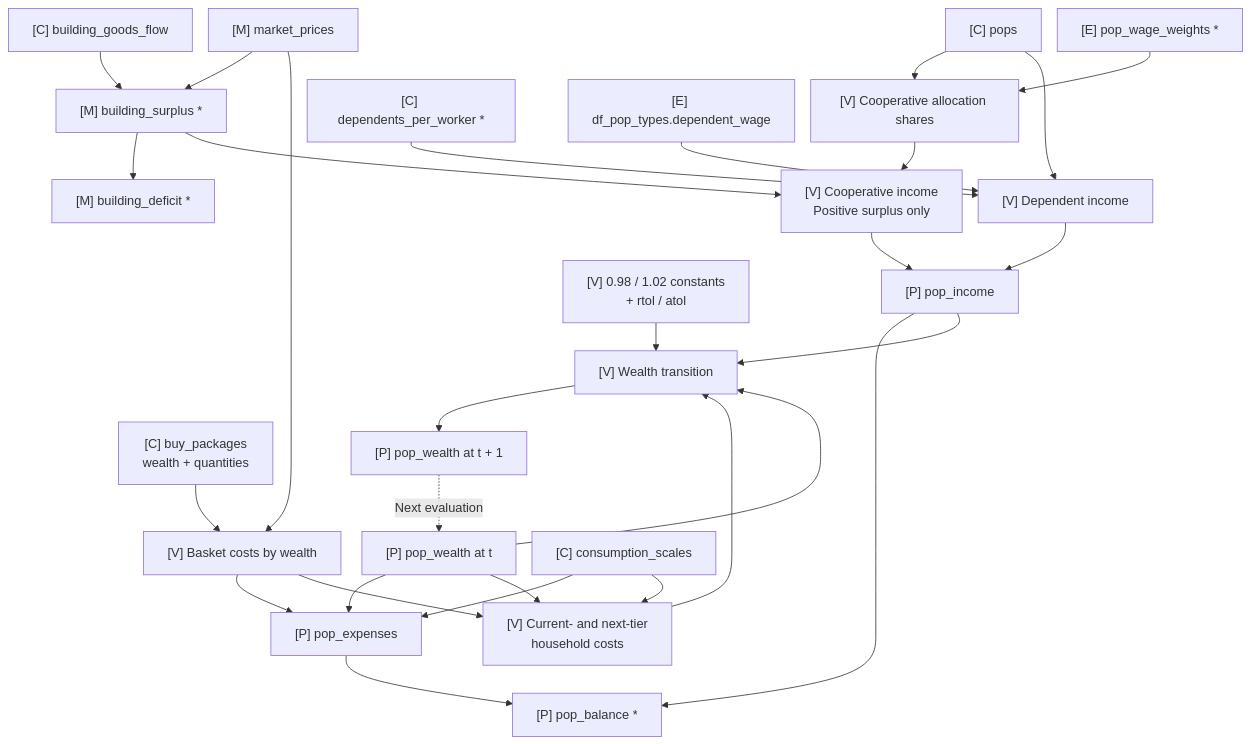
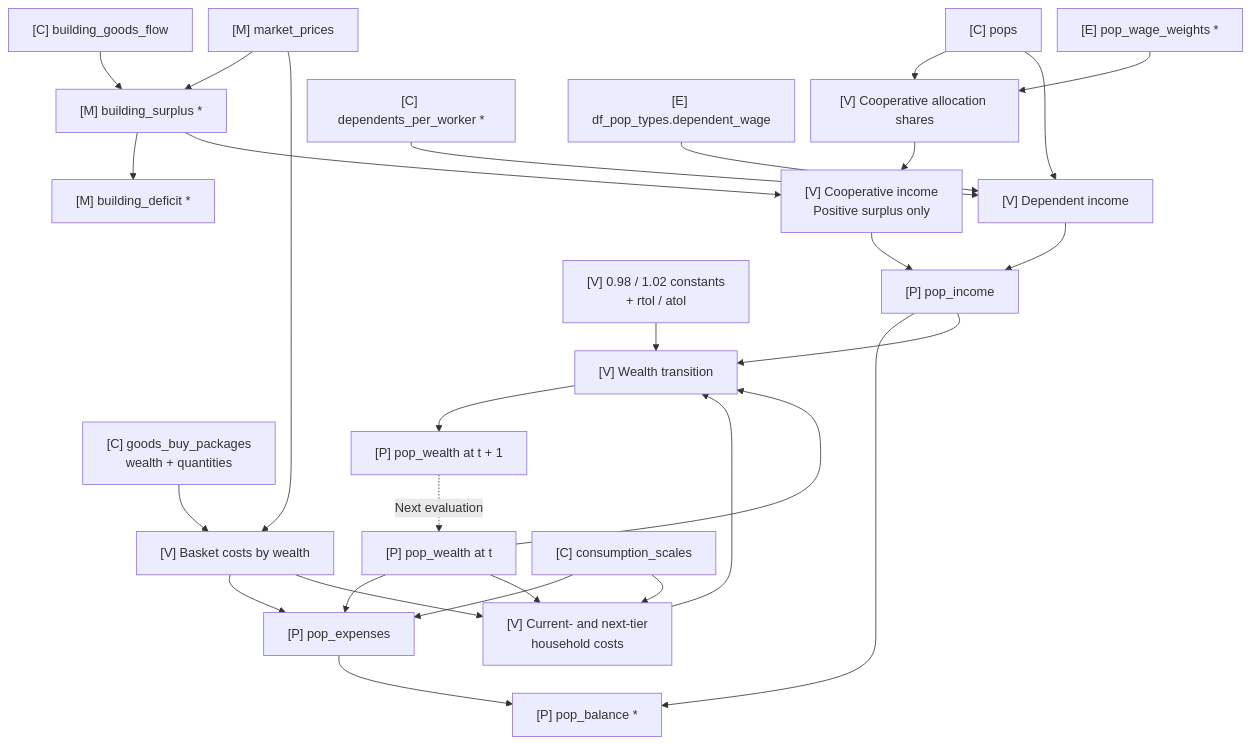
The third of 4 diagrams in docs/design/economy-dependencies.md (ShabbyGayBar/victoria3-analysis), drawn with Mermaid before and after one commit. The commit also changed other lines of this file and 12 other files, not shown here.

Commit message:
refactor: Rename calculated goods basket APIs for clarity

````diff
--- a/docs/design/economy-dependencies.md
+++ b/docs/design/economy-dependencies.md
@@ -189,60 +189,60 @@
 ```mermaid
 ---
 config:
   flowchart:
     useMaxWidth: false
     nodeSpacing: 20
     rankSpacing: 35
   themeCSS: |
     .node.model rect { fill: var(--vic3-owner-economy) !important; }
     .node.context rect { fill: var(--vic3-owner-context) !important; }
     .node.market rect { fill: var(--vic3-owner-market) !important; }
     .node.household rect { fill: var(--vic3-owner-pop) !important; }
     .node.variable rect { fill: var(--vic3-owner-variable) !important; }
     .node rect { stroke: var(--vic3-owner-border) !important; }
     .nodeLabel { color: var(--vic3-owner-text) !important; }
     .flowchart-link { stroke: var(--vic3-owner-edge) !important; }
     marker path { fill: var(--vic3-owner-edge) !important; stroke: var(--vic3-owner-edge) !important; }
     .edgeLabel, .edgeLabel p { color: var(--vic3-owner-text) !important; background: var(--md-default-bg-color) !important; }
 ---
 flowchart TD
     F["[C] building_goods_flow"]:::context --> SUR["[M] building_surplus *"]:::market
     PRICE["[M] market_prices"]:::market --> SUR
     SUR --> DEF["[M] building_deficit *"]:::market
 
     N["[C] pops"]:::context --> SH["[V] Cooperative allocation shares"]:::variable
     WW["[E] pop_wage_weights *"]:::model --> SH
 
     SUR --> CI["[V] Cooperative income<br/>Positive surplus only"]:::variable
     SH --> CI
 
     N --> DI["[V] Dependent income"]:::variable
     D["[C] dependents_per_worker *"]:::context --> DI
     DW["[E] df_pop_types.dependent_wage"]:::model --> DI
 
     CI --> INC["[P] pop_income"]:::household
     DI --> INC
 
-    Q["[C] buy_packages<br/>wealth + quantities"]:::context --> BC["[V] Basket costs by wealth"]:::variable
+    Q["[C] goods_buy_packages<br/>wealth + quantities"]:::context --> BC["[V] Basket costs by wealth"]:::variable
     PRICE --> BC
 
     BC --> EXP["[P] pop_expenses"]:::household
     W["[P] pop_wealth at t"]:::household --> EXP
     SC["[C] consumption_scales"]:::context --> EXP
 
     INC --> BAL["[P] pop_balance *"]:::household
     EXP --> BAL
 
     BC --> COSTS["[V] Current- and next-tier<br/>household costs"]:::variable
     W --> COSTS
     SC --> COSTS
 
     COSTS --> RULE["[V] Wealth transition"]:::variable
     INC --> RULE
     W --> RULE
     TH["[V] 0.98 / 1.02 constants<br/>+ rtol / atol"]:::variable --> RULE
 
     RULE --> NW["[P] pop_wealth at t + 1"]:::household
     NW -. "Next evaluation" .-> W
 
 ```
````
